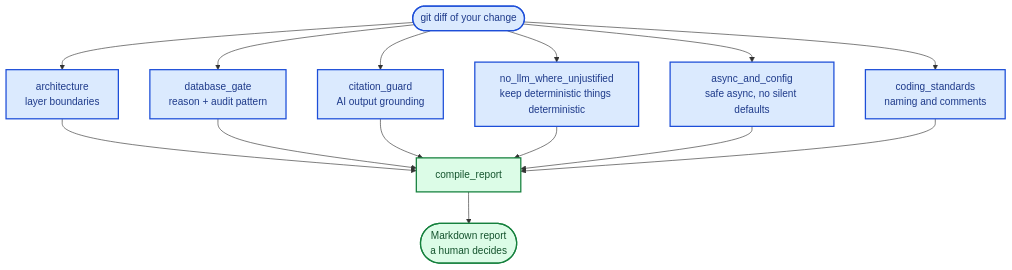
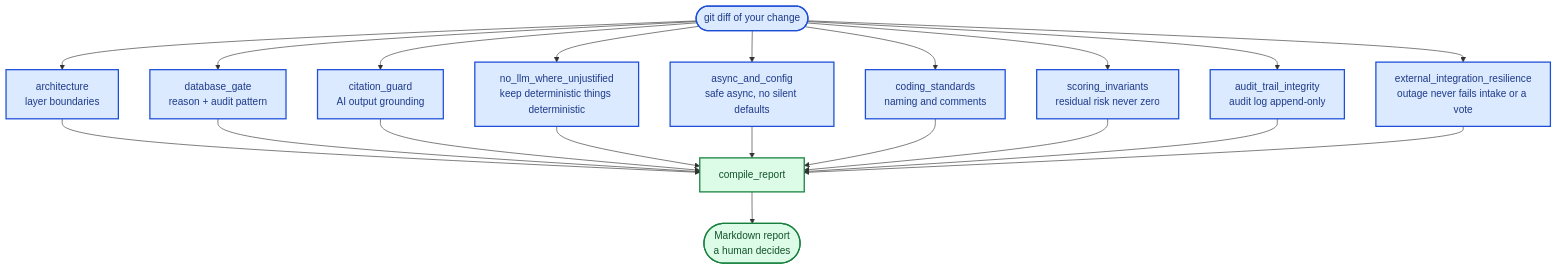
One commit to surajkoditala/humaid-risk-governance changed the fourth of 5 diagrams in docs/architecture/presentation-ai-overview-and-qa.md. Above: the diagram before and after it, drawn with Mermaid. The commit also changed other lines of this file and 4 other files, not shown here.

````diff
--- a/docs/architecture/presentation-ai-overview-and-qa.md
+++ b/docs/architecture/presentation-ai-overview-and-qa.md
@@ -161,19 +164,25 @@
 ```mermaid
 flowchart TB
     classDef node fill:#dbeafe,stroke:#1d4ed8,color:#1e3a8a,stroke-width:2px
     classDef end_ fill:#dcfce7,stroke:#15803d,color:#14532d,stroke-width:2px
 
     START(["git diff of your change"]) --> N1["architecture<br/>layer boundaries"]:::node
     START --> N2["database_gate<br/>reason + audit pattern"]:::node
     START --> N3["citation_guard<br/>AI output grounding"]:::node
     START --> N4["no_llm_where_unjustified<br/>keep deterministic things deterministic"]:::node
     START --> N5["async_and_config<br/>safe async, no silent defaults"]:::node
     START --> N6["coding_standards<br/>naming and comments"]:::node
+    START --> N7["scoring_invariants<br/>residual risk never zero"]:::node
+    START --> N8["audit_trail_integrity<br/>audit log append-only"]:::node
+    START --> N9["external_integration_resilience<br/>outage never fails intake or a vote"]:::node
     N1 --> REP["compile_report"]:::end_
     N2 --> REP
     N3 --> REP
     N4 --> REP
     N5 --> REP
     N6 --> REP
+    N7 --> REP
+    N8 --> REP
+    N9 --> REP
     REP --> H(["Markdown report<br/>a human decides"]):::end_
 ```
````
